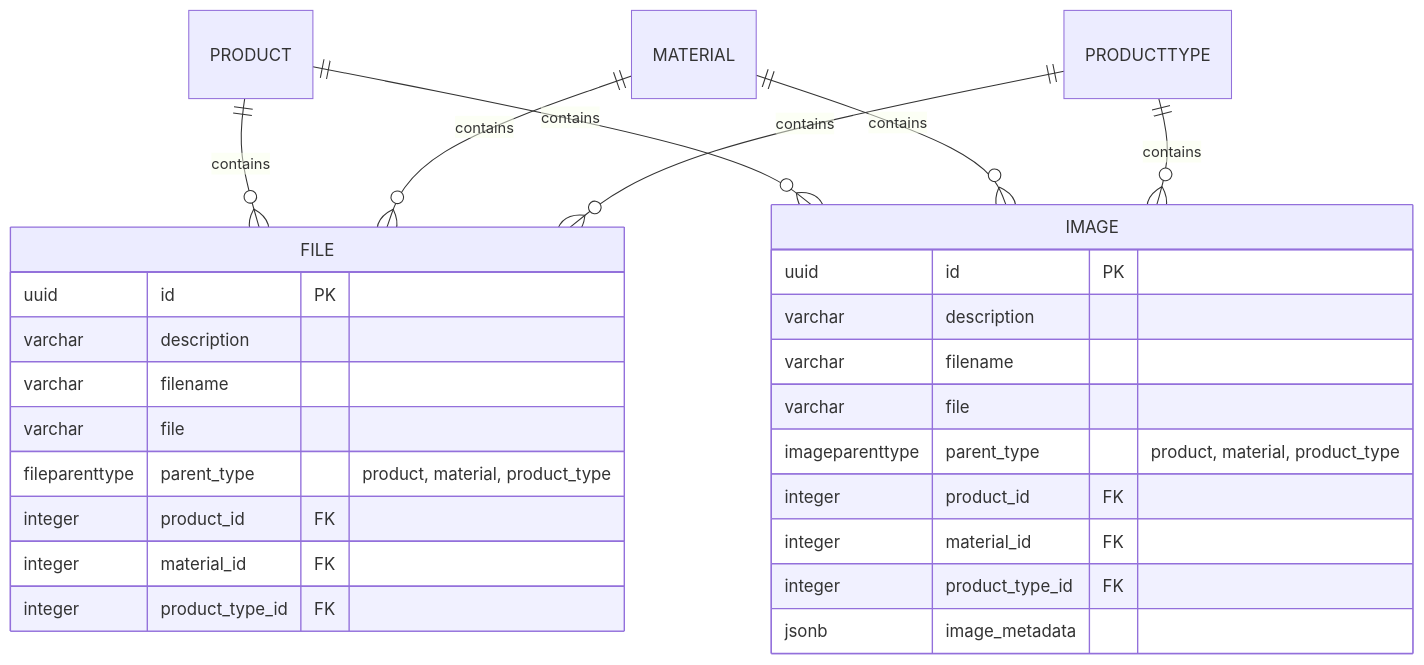
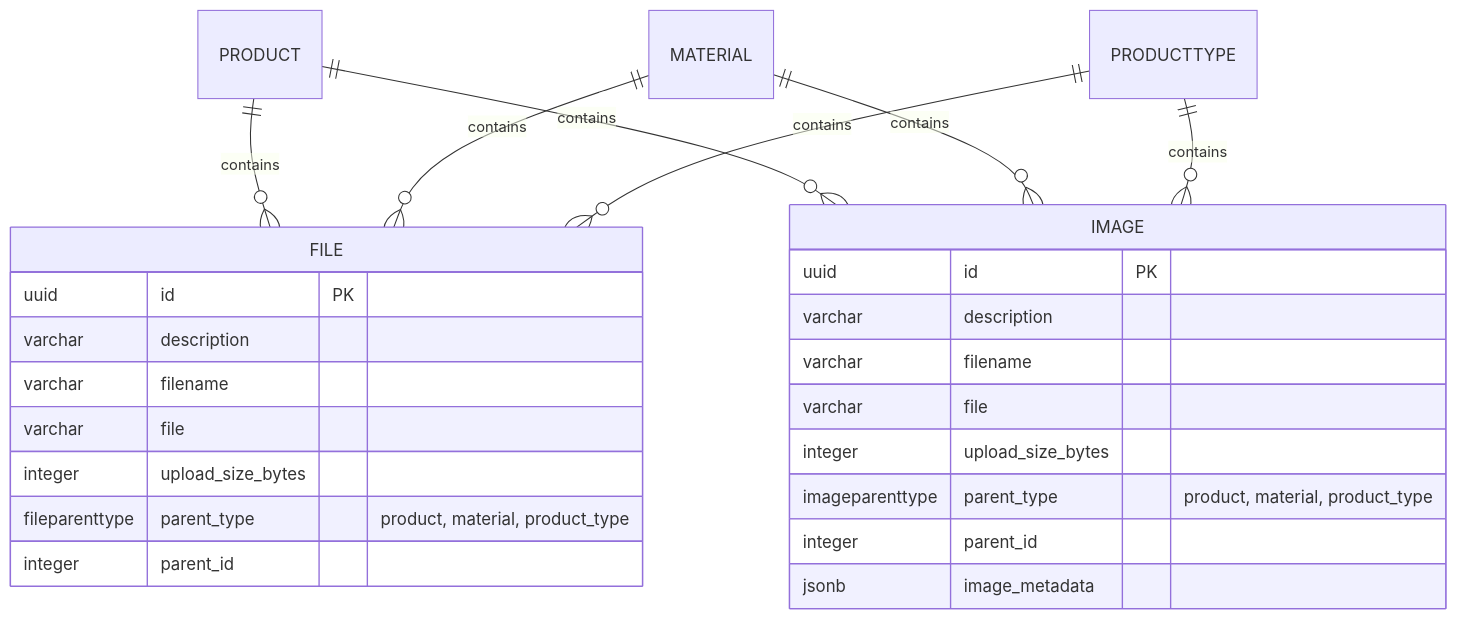
One commit to CMLPlatform/relab changed the fifth of 5 diagrams in docs/src/content/docs/architecture/datamodel.mdx. Above: the diagram before and after it, drawn with Mermaid. The commit also changed other lines of this file and 10 other files, not shown here.

````diff
--- a/docs/src/content/docs/architecture/datamodel.mdx
+++ b/docs/src/content/docs/architecture/datamodel.mdx
@@ -232,32 +232,32 @@
 ```mermaid
 erDiagram
+    accTitle: File and image storage entities
+    accDescr: FILE and IMAGE records store a filename, storage path, upload size in bytes, and a parent_type plus parent_id pair that polymorphically links each record to a PRODUCT, MATERIAL, or PRODUCTTYPE; IMAGE additionally stores image metadata as JSON.
     FILE {
         uuid id PK
         varchar description
         varchar filename
         varchar file
+        integer upload_size_bytes
         fileparenttype parent_type "product, material, product_type"
-        integer product_id FK
-        integer material_id FK
-        integer product_type_id FK
+        integer parent_id
     }
 
     IMAGE {
         uuid id PK
         varchar description
         varchar filename
         varchar file
+        integer upload_size_bytes
         imageparenttype parent_type "product, material, product_type"
-        integer product_id FK
-        integer material_id FK
-        integer product_type_id FK
+        integer parent_id
         jsonb image_metadata
     }
 
     PRODUCT ||--o{ FILE : "contains"
     MATERIAL ||--o{ FILE : "contains"
     PRODUCTTYPE ||--o{ FILE : "contains"
     PRODUCT ||--o{ IMAGE : "contains"
     MATERIAL ||--o{ IMAGE : "contains"
     PRODUCTTYPE ||--o{ IMAGE : "contains"
 ```
````
